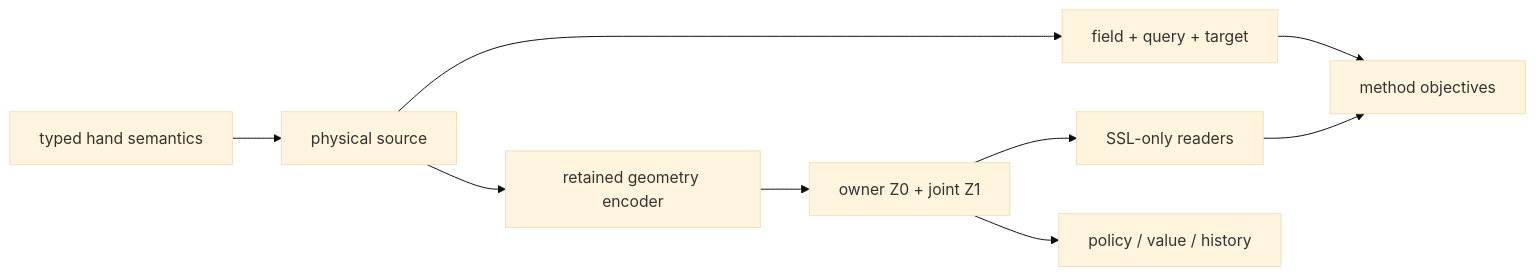
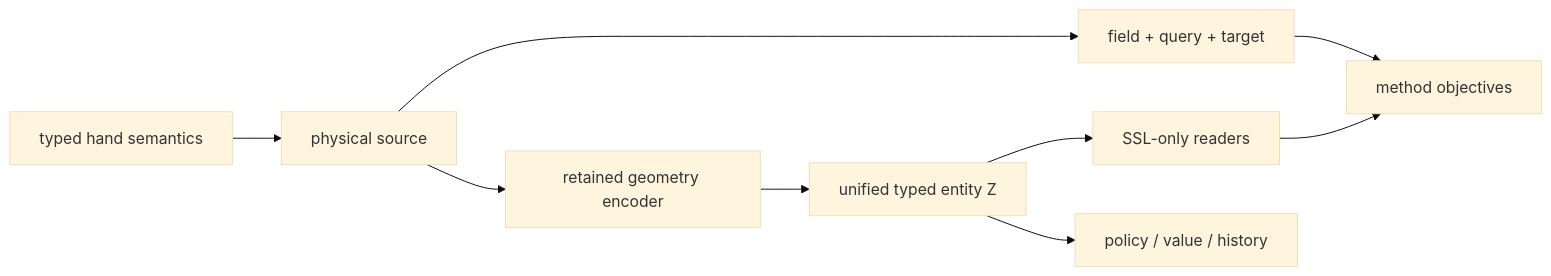
Before and after one commit to riemac/AnyMani: the diagram in source/anymani/anymani/distill/README.md, drawn with Mermaid (base theme). The commit also changed other lines of this file and 64 other files, not shown here.

````diff
--- a/source/anymani/anymani/distill/README.md
+++ b/source/anymani/anymani/distill/README.md
@@ -42,11 +42,11 @@
 ```mermaid
 flowchart LR
     A[typed hand semantics] --> S[physical source]
     S --> R[field + query + target]
     S --> E[retained geometry encoder]
-    E --> Z[owner Z0 + joint Z1]
+    E --> Z[unified typed entity Z]
     Z --> D[SSL-only readers]
     R --> M[method objectives]
     D --> M
     Z --> P[policy / value / history]
 ```
````
